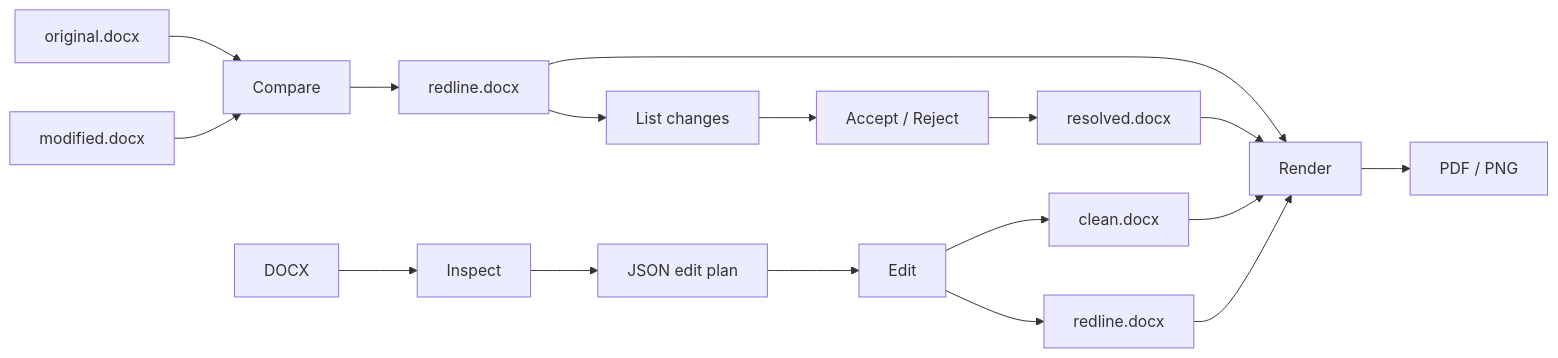
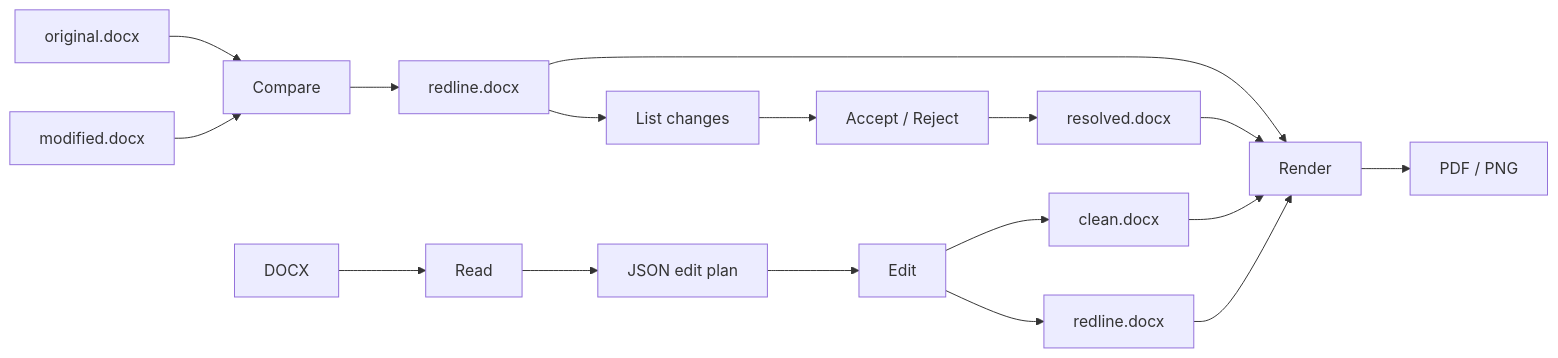
One commit to jandira-tech/jubarte-redlines changed the diagram in README.md. Above: the diagram before and after it, drawn with Mermaid. The commit also changed other lines of this file, not shown here.

First line of the commit message:
docs(readme): read, visual-diff, validate --rules, -o by extension, short ids

````diff
--- a/README.md
+++ b/README.md
@@ -130,21 +131,21 @@
 ```mermaid
 flowchart LR
     A[original.docx] --> C[Compare]
     B[modified.docx] --> C
     C --> D[redline.docx]
     D --> E[List changes]
     E --> F[Accept / Reject]
     F --> G[resolved.docx]
 
-    H[DOCX] --> I[Inspect]
+    H[DOCX] --> I[Read]
     I --> J[JSON edit plan]
     J --> K[Edit]
     K --> L[clean.docx]
     K --> M[redline.docx]
 
     D --> N[Render]
     G --> N
     L --> N
     M --> N
     N --> O[PDF / PNG]
 ```
````
